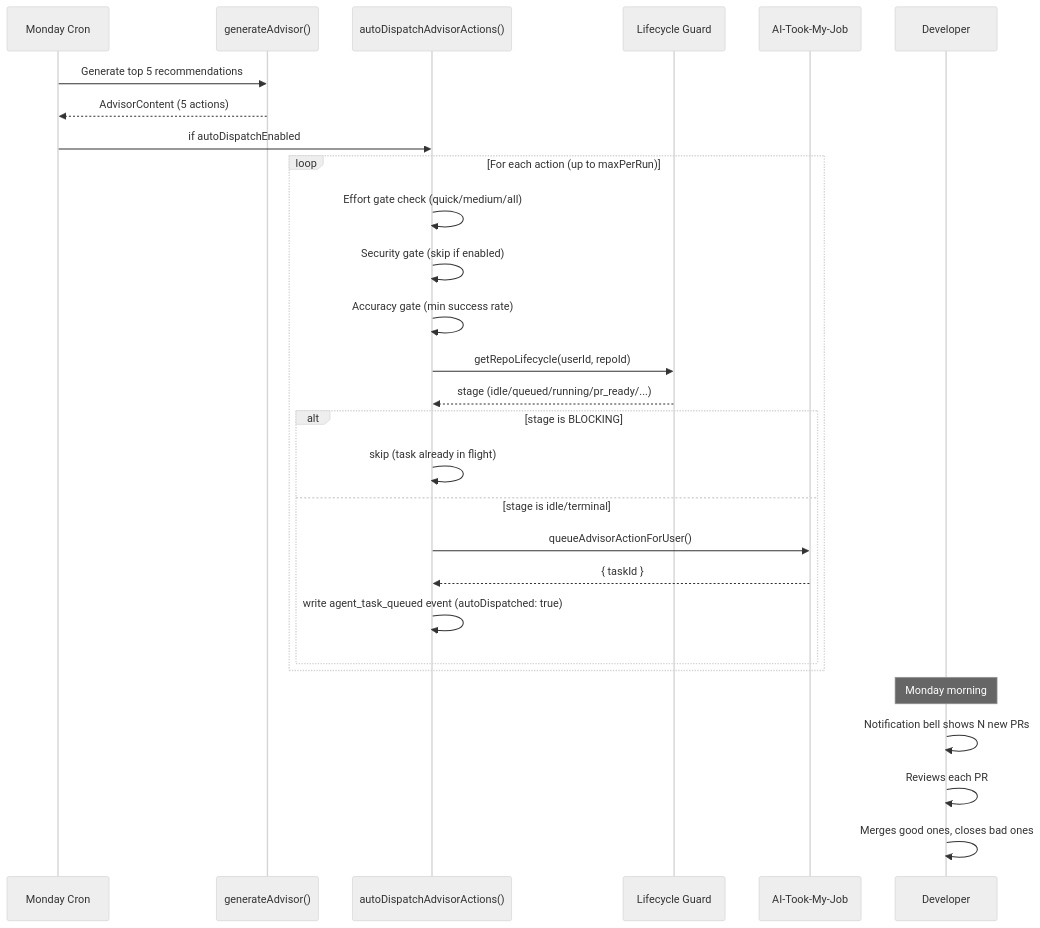
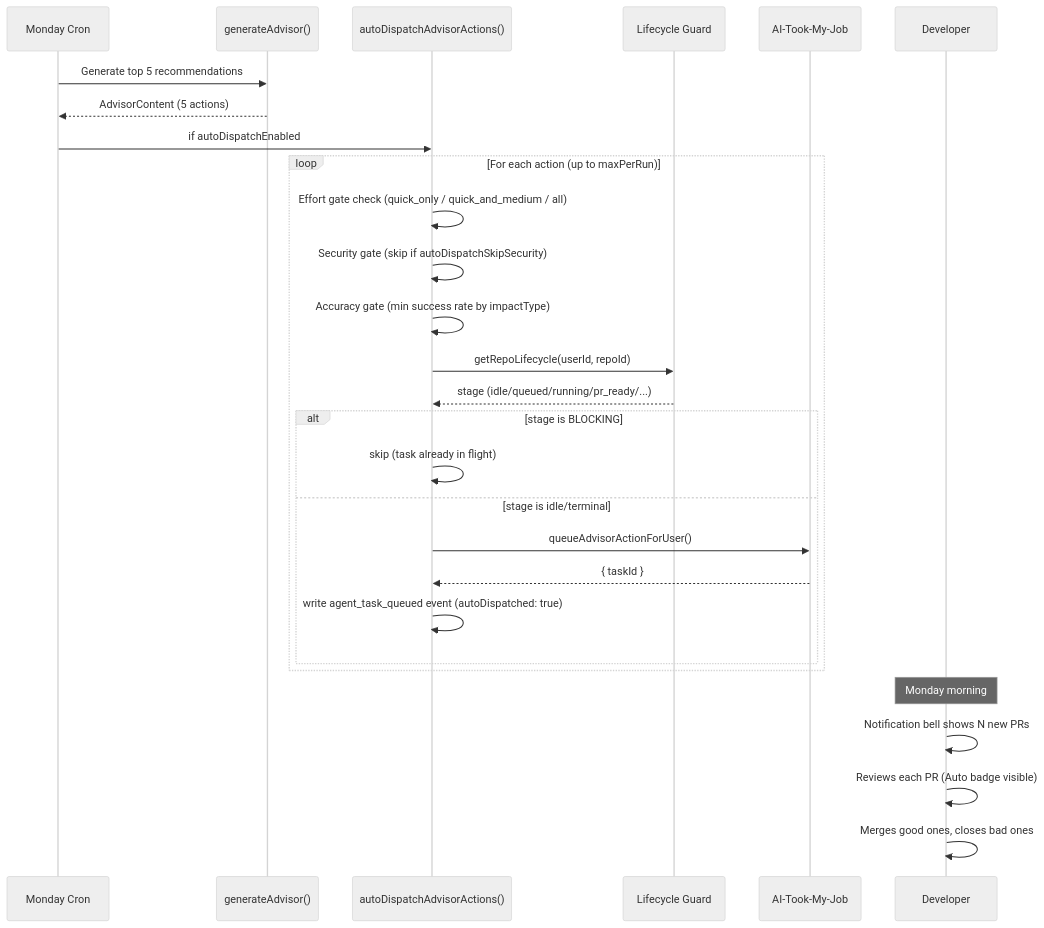
One commit to smithdavedesign/Github-HQ changed the sixth of 7 diagrams in docs/agentic-full-flow.md. Above: the diagram before and after it, drawn with Mermaid (neutral theme). The commit also changed other lines of this file and 4 other files, not shown here.

````diff
--- a/docs/agentic-full-flow.md
+++ b/docs/agentic-full-flow.md
@@ -194,33 +215,33 @@
 ```mermaid
 sequenceDiagram
     participant Cron as Monday Cron
     participant Advisor as generateAdvisor()
     participant Dispatch as autoDispatchAdvisorActions()
     participant Guard as Lifecycle Guard
     participant Nexus as AI-Took-My-Job
     participant Human as Developer
 
     Cron->>Advisor: Generate top 5 recommendations
     Advisor-->>Cron: AdvisorContent (5 actions)
     Cron->>Dispatch: if autoDispatchEnabled
-    
+
     loop For each action (up to maxPerRun)
-        Dispatch->>Dispatch: Effort gate check (quick/medium/all)
-        Dispatch->>Dispatch: Security gate (skip if enabled)
-        Dispatch->>Dispatch: Accuracy gate (min success rate)
+        Dispatch->>Dispatch: Effort gate check (quick_only / quick_and_medium / all)
+        Dispatch->>Dispatch: Security gate (skip if autoDispatchSkipSecurity)
+        Dispatch->>Dispatch: Accuracy gate (min success rate by impactType)
         Dispatch->>Guard: getRepoLifecycle(userId, repoId)
         Guard-->>Dispatch: stage (idle/queued/running/pr_ready/...)
         alt stage is BLOCKING
             Dispatch->>Dispatch: skip (task already in flight)
         else stage is idle/terminal
             Dispatch->>Nexus: queueAdvisorActionForUser()
             Nexus-->>Dispatch: { taskId }
             Dispatch->>Dispatch: write agent_task_queued event (autoDispatched: true)
         end
     end
 
     Note over Human: Monday morning
     Human->>Human: Notification bell shows N new PRs
-    Human->>Human: Reviews each PR
+    Human->>Human: Reviews each PR (Auto badge visible)
     Human->>Human: Merges good ones, closes bad ones
 ```
````
